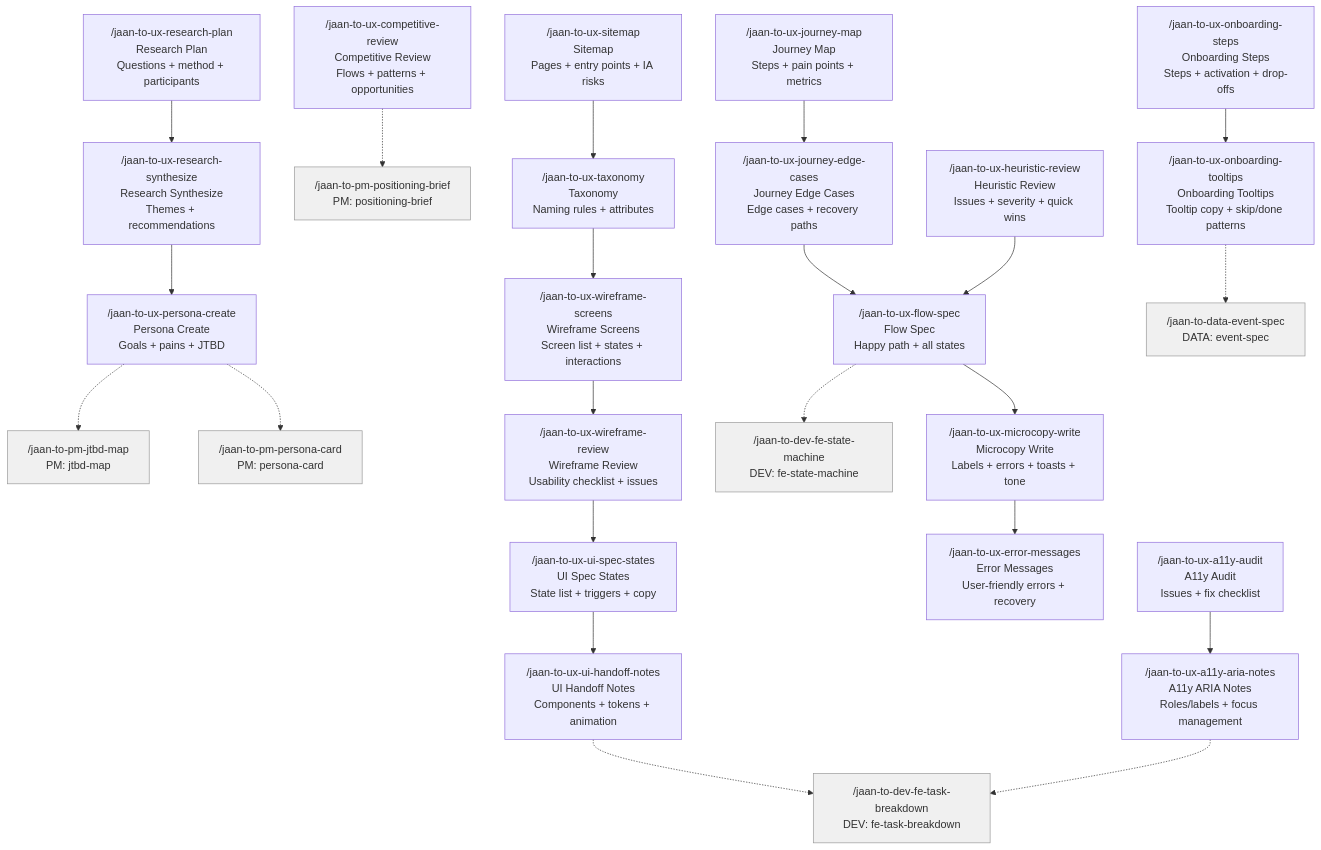
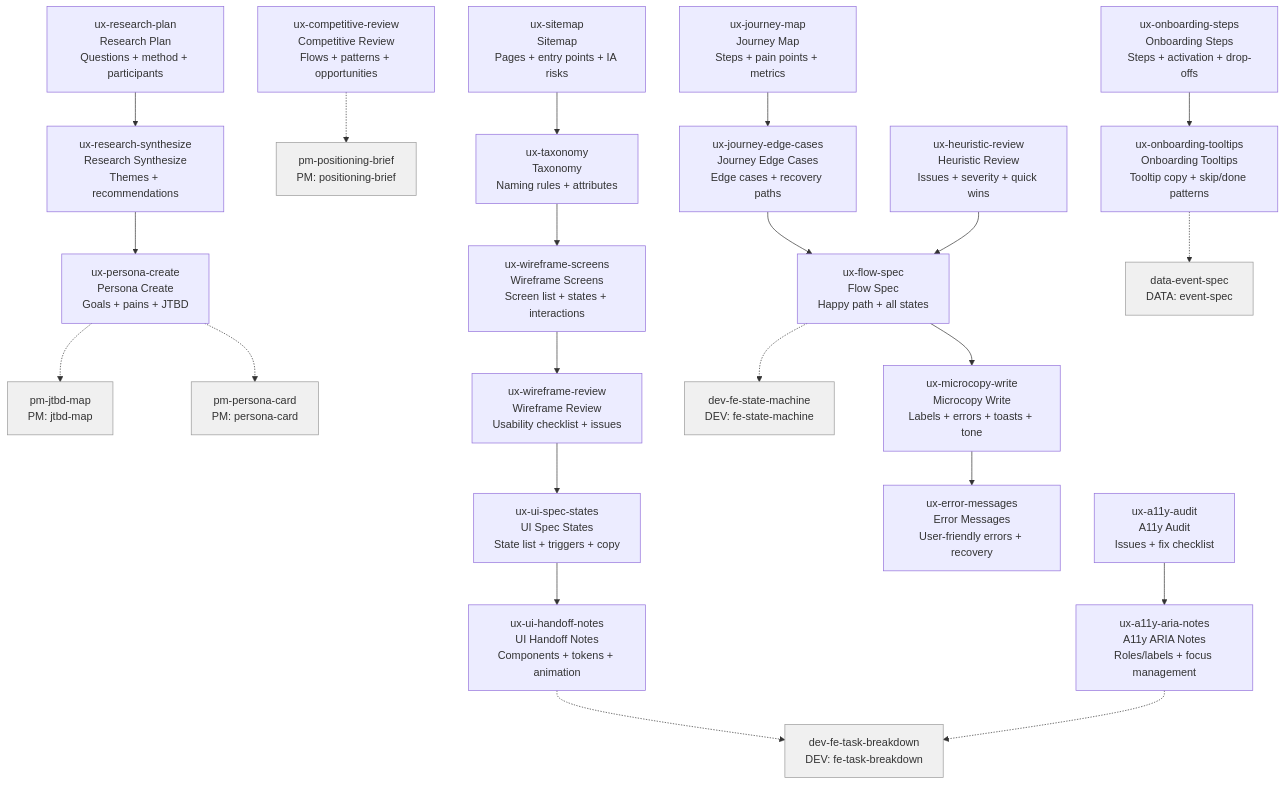
Before and after one commit to parhumm/jaan-to: the diagram in roadmaps/jaan-to/tasks/role-skills/ux.md, drawn with Mermaid. The commit also changed 10 other files, not shown here.

First line of the commit message:
fix(roadmap): Fix Mermaid userflow schemas across all 11 role-skills files

````diff
--- a/roadmaps/jaan-to/tasks/role-skills/ux.md
+++ b/roadmaps/jaan-to/tasks/role-skills/ux.md
@@ -9,31 +9,31 @@
 ```mermaid
 flowchart TD
-    jaan-to-ux-research-plan["/jaan-to-ux-research-plan\nResearch Plan\nQuestions + method + participants"] --> jaan-to-ux-research-synthesize["/jaan-to-ux-research-synthesize\nResearch Synthesize\nThemes + recommendations"]
-    jaan-to-ux-research-synthesize["/jaan-to-ux-research-synthesize\nResearch Synthesize\nThemes + recommendations"] --> jaan-to-ux-persona-create["/jaan-to-ux-persona-create\nPersona Create\nGoals + pains + JTBD"]
-    jaan-to-ux-persona-create["/jaan-to-ux-persona-create\nPersona Create\nGoals + pains + JTBD"] -.-> jaan-to-pm-jtbd-map["/jaan-to-pm-jtbd-map\nPM: jtbd-map"]
-    jaan-to-ux-persona-create["/jaan-to-ux-persona-create\nPersona Create\nGoals + pains + JTBD"] -.-> jaan-to-pm-persona-card["/jaan-to-pm-persona-card\nPM: persona-card"]
-    jaan-to-ux-competitive-review["/jaan-to-ux-competitive-review\nCompetitive Review\nFlows + patterns + opportunities"] -.-> jaan-to-pm-positioning-brief["/jaan-to-pm-positioning-brief\nPM: positioning-brief"]
-    jaan-to-ux-journey-map["/jaan-to-ux-journey-map\nJourney Map\nSteps + pain points + metrics"] --> jaan-to-ux-journey-edge-cases["/jaan-to-ux-journey-edge-cases\nJourney Edge Cases\nEdge cases + recovery paths"]
-    jaan-to-ux-journey-edge-cases["/jaan-to-ux-journey-edge-cases\nJourney Edge Cases\nEdge cases + recovery paths"] --> jaan-to-ux-flow-spec["/jaan-to-ux-flow-spec\nFlow Spec\nHappy path + all states"]
-    jaan-to-ux-flow-spec["/jaan-to-ux-flow-spec\nFlow Spec\nHappy path + all states"] --> jaan-to-ux-microcopy-write["/jaan-to-ux-microcopy-write\nMicrocopy Write\nLabels + errors + toasts + tone"]
-    jaan-to-ux-flow-spec["/jaan-to-ux-flow-spec\nFlow Spec\nHappy path + all states"] -.-> jaan-to-dev-fe-state-machine["/jaan-to-dev-fe-state-machine\nDEV: fe-state-machine"]
-    jaan-to-ux-heuristic-review["/jaan-to-ux-heuristic-review\nHeuristic Review\nIssues + severity + quick wins"] --> jaan-to-ux-flow-spec["/jaan-to-ux-flow-spec\nFlow Spec\nHappy path + all states"]
-    jaan-to-ux-sitemap["/jaan-to-ux-sitemap\nSitemap\nPages + entry points + IA risks"] --> jaan-to-ux-taxonomy["/jaan-to-ux-taxonomy\nTaxonomy\nNaming rules + attributes"]
-    jaan-to-ux-taxonomy["/jaan-to-ux-taxonomy\nTaxonomy\nNaming rules + attributes"] --> jaan-to-ux-wireframe-screens["/jaan-to-ux-wireframe-screens\nWireframe Screens\nScreen list + states + interactions"]
-    jaan-to-ux-wireframe-screens["/jaan-to-ux-wireframe-screens\nWireframe Screens\nScreen list + states + interactions"] --> jaan-to-ux-wireframe-review["/jaan-to-ux-wireframe-review\nWireframe Review\nUsability checklist + issues"]
-    jaan-to-ux-wireframe-review["/jaan-to-ux-wireframe-review\nWireframe Review\nUsability checklist + issues"] --> jaan-to-ux-ui-spec-states["/jaan-to-ux-ui-spec-states\nUI Spec States\nState list + triggers + copy"]
-    jaan-to-ux-ui-spec-states["/jaan-to-ux-ui-spec-states\nUI Spec States\nState list + triggers + copy"] --> jaan-to-ux-ui-handoff-notes["/jaan-to-ux-ui-handoff-notes\nUI Handoff Notes\nComponents + tokens + animation"]
-    jaan-to-ux-ui-handoff-notes["/jaan-to-ux-ui-handoff-notes\nUI Handoff Notes\nComponents + tokens + animation"] -.-> jaan-to-dev-fe-task-breakdown["/jaan-to-dev-fe-task-breakdown\nDEV: fe-task-breakdown"]
-    jaan-to-ux-microcopy-write["/jaan-to-ux-microcopy-write\nMicrocopy Write\nLabels + errors + toasts + tone"] --> jaan-to-ux-error-messages["/jaan-to-ux-error-messages\nError Messages\nUser-friendly errors + recovery"]
-    jaan-to-ux-a11y-audit["/jaan-to-ux-a11y-audit\nA11y Audit\nIssues + fix checklist"] --> jaan-to-ux-a11y-aria-notes["/jaan-to-ux-a11y-aria-notes\nA11y ARIA Notes\nRoles/labels + focus management"]
-    jaan-to-ux-a11y-aria-notes["/jaan-to-ux-a11y-aria-notes\nA11y ARIA Notes\nRoles/labels + focus management"] -.-> jaan-to-dev-fe-task-breakdown["/jaan-to-dev-fe-task-breakdown\nDEV: fe-task-breakdown"]
-    jaan-to-ux-onboarding-steps["/jaan-to-ux-onboarding-steps\nOnboarding Steps\nSteps + activation + drop-offs"] --> jaan-to-ux-onboarding-tooltips["/jaan-to-ux-onboarding-tooltips\nOnboarding Tooltips\nTooltip copy + skip/done patterns"]
-    jaan-to-ux-onboarding-tooltips["/jaan-to-ux-onboarding-tooltips\nOnboarding Tooltips\nTooltip copy + skip/done patterns"] -.-> jaan-to-data-event-spec["/jaan-to-data-event-spec\nDATA: event-spec"]
+    jaan-to-ux-research-plan["ux-research-plan<br>Research Plan<br>Questions + method + participants"] --> jaan-to-ux-research-synthesize["ux-research-synthesize<br>Research Synthesize<br>Themes + recommendations"]
+    jaan-to-ux-research-synthesize["ux-research-synthesize<br>Research Synthesize<br>Themes + recommendations"] --> jaan-to-ux-persona-create["ux-persona-create<br>Persona Create<br>Goals + pains + JTBD"]
+    jaan-to-ux-persona-create["ux-persona-create<br>Persona Create<br>Goals + pains + JTBD"] -.-> jaan-to-pm-jtbd-map["pm-jtbd-map<br>PM: jtbd-map"]
+    jaan-to-ux-persona-create["ux-persona-create<br>Persona Create<br>Goals + pains + JTBD"] -.-> jaan-to-pm-persona-card["pm-persona-card<br>PM: persona-card"]
+    jaan-to-ux-competitive-review["ux-competitive-review<br>Competitive Review<br>Flows + patterns + opportunities"] -.-> jaan-to-pm-positioning-brief["pm-positioning-brief<br>PM: positioning-brief"]
+    jaan-to-ux-journey-map["ux-journey-map<br>Journey Map<br>Steps + pain points + metrics"] --> jaan-to-ux-journey-edge-cases["ux-journey-edge-cases<br>Journey Edge Cases<br>Edge cases + recovery paths"]
+    jaan-to-ux-journey-edge-cases["ux-journey-edge-cases<br>Journey Edge Cases<br>Edge cases + recovery paths"] --> jaan-to-ux-flow-spec["ux-flow-spec<br>Flow Spec<br>Happy path + all states"]
+    jaan-to-ux-flow-spec["ux-flow-spec<br>Flow Spec<br>Happy path + all states"] --> jaan-to-ux-microcopy-write["ux-microcopy-write<br>Microcopy Write<br>Labels + errors + toasts + tone"]
+    jaan-to-ux-flow-spec["ux-flow-spec<br>Flow Spec<br>Happy path + all states"] -.-> jaan-to-dev-fe-state-machine["dev-fe-state-machine<br>DEV: fe-state-machine"]
+    jaan-to-ux-heuristic-review["ux-heuristic-review<br>Heuristic Review<br>Issues + severity + quick wins"] --> jaan-to-ux-flow-spec["ux-flow-spec<br>Flow Spec<br>Happy path + all states"]
+    jaan-to-ux-sitemap["ux-sitemap<br>Sitemap<br>Pages + entry points + IA risks"] --> jaan-to-ux-taxonomy["ux-taxonomy<br>Taxonomy<br>Naming rules + attributes"]
+    jaan-to-ux-taxonomy["ux-taxonomy<br>Taxonomy<br>Naming rules + attributes"] --> jaan-to-ux-wireframe-screens["ux-wireframe-screens<br>Wireframe Screens<br>Screen list + states + interactions"]
+    jaan-to-ux-wireframe-screens["ux-wireframe-screens<br>Wireframe Screens<br>Screen list + states + interactions"] --> jaan-to-ux-wireframe-review["ux-wireframe-review<br>Wireframe Review<br>Usability checklist + issues"]
+    jaan-to-ux-wireframe-review["ux-wireframe-review<br>Wireframe Review<br>Usability checklist + issues"] --> jaan-to-ux-ui-spec-states["ux-ui-spec-states<br>UI Spec States<br>State list + triggers + copy"]
+    jaan-to-ux-ui-spec-states["ux-ui-spec-states<br>UI Spec States<br>State list + triggers + copy"] --> jaan-to-ux-ui-handoff-notes["ux-ui-handoff-notes<br>UI Handoff Notes<br>Components + tokens + animation"]
+    jaan-to-ux-ui-handoff-notes["ux-ui-handoff-notes<br>UI Handoff Notes<br>Components + tokens + animation"] -.-> jaan-to-dev-fe-task-breakdown["dev-fe-task-breakdown<br>DEV: fe-task-breakdown"]
+    jaan-to-ux-microcopy-write["ux-microcopy-write<br>Microcopy Write<br>Labels + errors + toasts + tone"] --> jaan-to-ux-error-messages["ux-error-messages<br>Error Messages<br>User-friendly errors + recovery"]
+    jaan-to-ux-a11y-audit["ux-a11y-audit<br>A11y Audit<br>Issues + fix checklist"] --> jaan-to-ux-a11y-aria-notes["ux-a11y-aria-notes<br>A11y ARIA Notes<br>Roles/labels + focus management"]
+    jaan-to-ux-a11y-aria-notes["ux-a11y-aria-notes<br>A11y ARIA Notes<br>Roles/labels + focus management"] -.-> jaan-to-dev-fe-task-breakdown["dev-fe-task-breakdown<br>DEV: fe-task-breakdown"]
+    jaan-to-ux-onboarding-steps["ux-onboarding-steps<br>Onboarding Steps<br>Steps + activation + drop-offs"] --> jaan-to-ux-onboarding-tooltips["ux-onboarding-tooltips<br>Onboarding Tooltips<br>Tooltip copy + skip/done patterns"]
+    jaan-to-ux-onboarding-tooltips["ux-onboarding-tooltips<br>Onboarding Tooltips<br>Tooltip copy + skip/done patterns"] -.-> jaan-to-data-event-spec["data-event-spec<br>DATA: event-spec"]
 
     style jaan-to-pm-jtbd-map fill:#f0f0f0,stroke:#999
     style jaan-to-pm-persona-card fill:#f0f0f0,stroke:#999
     style jaan-to-pm-positioning-brief fill:#f0f0f0,stroke:#999
     style jaan-to-dev-fe-state-machine fill:#f0f0f0,stroke:#999
     style jaan-to-dev-fe-task-breakdown fill:#f0f0f0,stroke:#999
     style jaan-to-data-event-spec fill:#f0f0f0,stroke:#999
 ```
````
